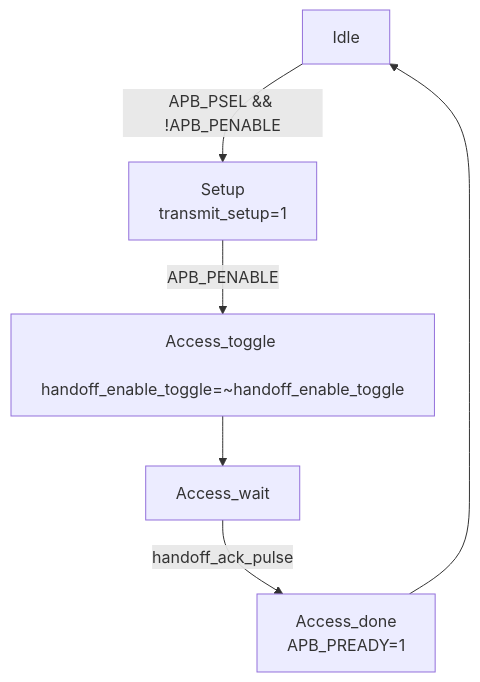
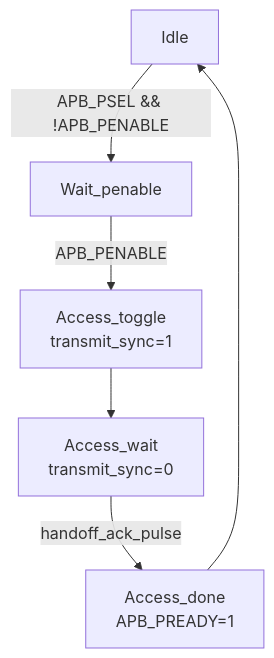
The diagram in PIO_proxy/README.md (CodyTinker/RTLExercises), drawn with Mermaid before and after one commit. The commit also changed 2 other files, not shown here.

Commit message:
Updated block diagram and state machine for APB side of PIO_Proxy exercise. Adding code for APB side of PIO_Proxy exercise

````diff
--- a/PIO_proxy/README.md
+++ b/PIO_proxy/README.md
@@ -5,17 +5,17 @@
 ```mermaid
 flowchart TD
     classDef default text-align:center
     %%class idle,setup,access_toggle,access_wait,access_done cState
 
     idle[Idle]
-    setup[Setup \n transmit_setup=1]
-    access_toggle[Access_toggle \n handoff_enable_toggle=~handoff_enable_toggle]
-    access_wait[Access_wait]
+    wait_penable[Wait_penable \n]
+    transmit_toggle[Access_toggle \n transmit_sync=1]
+    access_wait[Access_wait \n transmit_sync=0]
     access_done[Access_done \n APB_PREADY=1]
 
-    idle --> |"APB_PSEL && !APB_PENABLE"| setup
-    setup --> |APB_PENABLE| access_toggle
-    access_toggle --> access_wait
+    idle --> |"APB_PSEL && !APB_PENABLE"| wait_penable
+    wait_penable --> |APB_PENABLE| transmit_toggle
+    transmit_toggle --> access_wait
     access_wait --> |handoff_ack_pulse| access_done
     access_done --> idle
 ```
````
